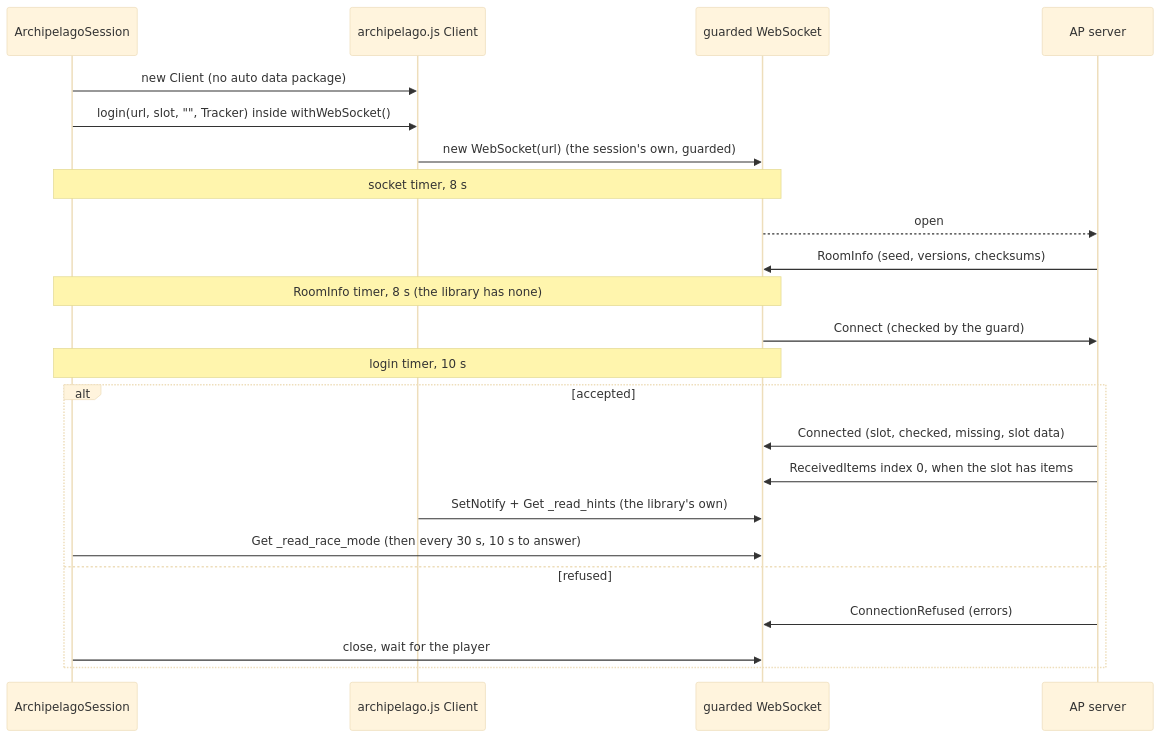
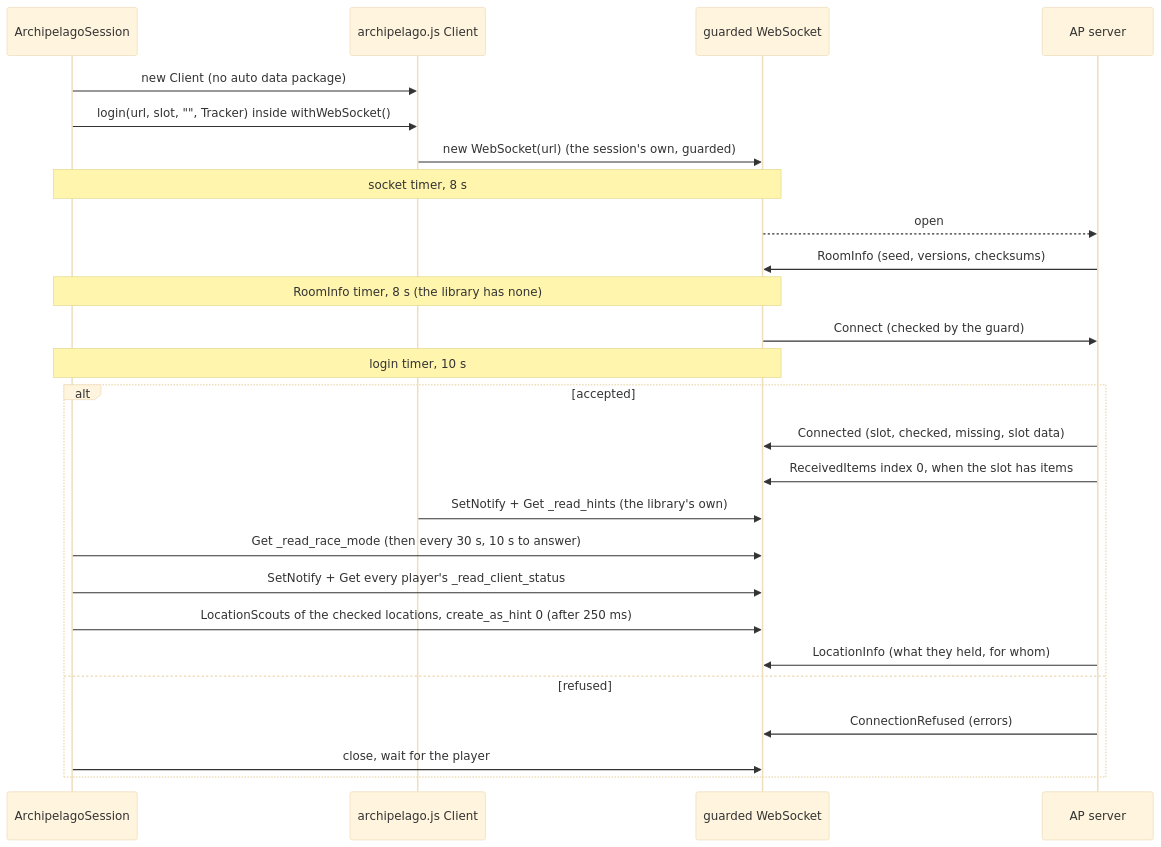
The first of 2 diagrams in packages/archipelago/README.md (kqesar/alltp-tracker), drawn with Mermaid (base theme) before and after one commit. The commit also changed other lines of this file and 76 other files, not shown here.

````diff
--- a/packages/archipelago/README.md
+++ b/packages/archipelago/README.md
@@ -84,25 +91,28 @@
 ```mermaid
 sequenceDiagram
   participant S as ArchipelagoSession
   participant L as archipelago.js Client
   participant W as guarded WebSocket
   participant R as AP server
   S->>L: new Client (no auto data package)
   S->>L: login(url, slot, "", Tracker) inside withWebSocket()
   L->>W: new WebSocket(url) (the session's own, guarded)
   Note over S,W: socket timer, 8 s
   W-->>R: open
   R->>W: RoomInfo (seed, versions, checksums)
   Note over S,W: RoomInfo timer, 8 s (the library has none)
   W->>R: Connect (checked by the guard)
   Note over S,W: login timer, 10 s
   alt accepted
     R->>W: Connected (slot, checked, missing, slot data)
     R->>W: ReceivedItems index 0, when the slot has items
     L->>W: SetNotify + Get _read_hints (the library's own)
     S->>W: Get _read_race_mode (then every 30 s, 10 s to answer)
+    S->>W: SetNotify + Get every player's _read_client_status
+    S->>W: LocationScouts of the checked locations, create_as_hint 0 (after 250 ms)
+    R->>W: LocationInfo (what they held, for whom)
   else refused
     R->>W: ConnectionRefused (errors)
     S->>W: close, wait for the player
   end
 ```
````
